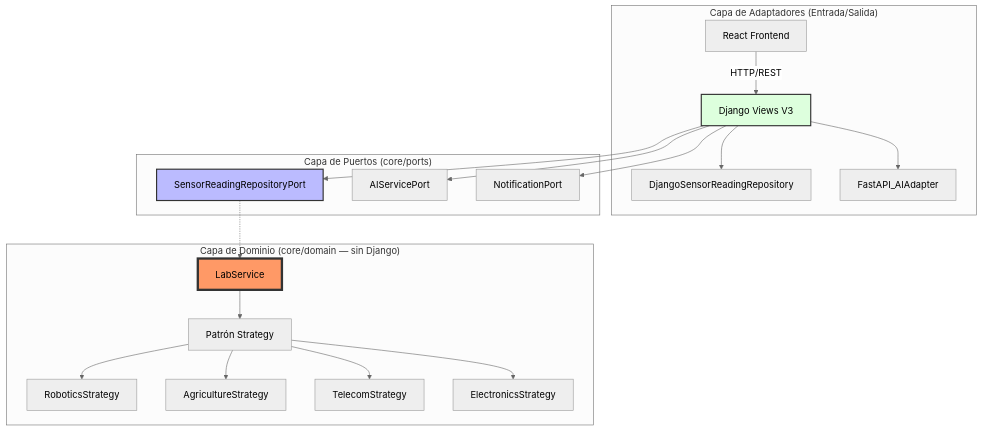
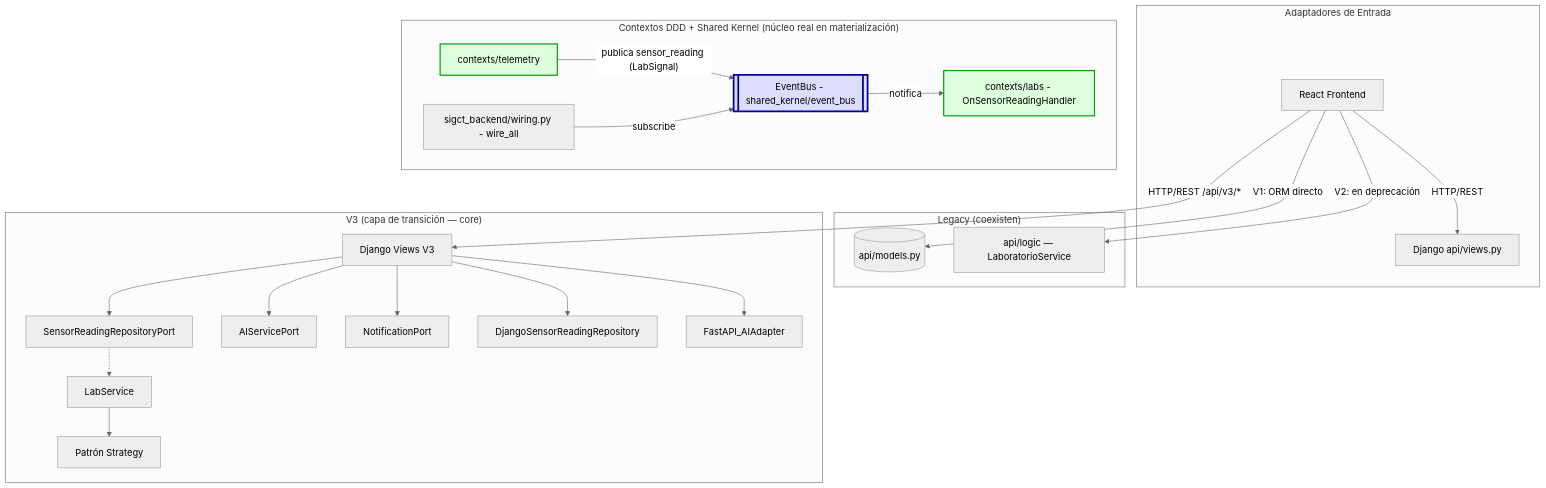
One commit to badolgm/sigcTiArural changed the first of 2 diagrams in docs/MASTERDOC.md. Above: the diagram before and after it, drawn with Mermaid (neutral theme). The commit also changed other lines of this file and 33 other files, not shown here.

````diff
--- a/docs/MASTERDOC.md
+++ b/docs/MASTERDOC.md
@@ -84,27 +86,32 @@
 ```mermaid
 graph TD
-    subgraph "Capa de Adaptadores (Entrada/Salida)"
-        UI[React Frontend] -->|HTTP/REST| API_V3[Django Views V3]
-        API_V3 --> DB_ADAPTER[DjangoSensorReadingRepository]
-        API_V3 --> AI_ADAPTER[FastAPI_AIAdapter]
+    subgraph "Adaptadores de Entrada"
+        UI[React Frontend] -->|HTTP/REST| VIEWS[Django api/views.py]
     end
 
-    subgraph "Capa de Puertos (core/ports)"
+    subgraph "Legacy (coexisten)"
+        UI -->|"V1: ORM directo"| ORM[(api/models.py)]
+        UI -->|"V2: en deprecación"| LOGIC[api/logic — LaboratorioService]
+    end
+
+    subgraph "V3 (capa de transición — core)"
+        UI -->|HTTP/REST /api/v3/*| API_V3[Django Views V3]
         API_V3 --> PORT_REPO[SensorReadingRepositoryPort]
         API_V3 --> PORT_AI[AIServicePort]
         API_V3 --> PORT_NOTIF[NotificationPort]
+        API_V3 --> DB_ADAPTER[DjangoSensorReadingRepository]
+        API_V3 --> AI_ADAPTER[FastAPI_AIAdapter]
+        PORT_REPO -.-> DOMAIN_LOGIC[LabService]
+        DOMAIN_LOGIC --> STRATEGY[Patrón Strategy]
     end
 
-    subgraph "Capa de Dominio (core/domain — sin Django)"
-        PORT_REPO -.-> DOMAIN_LOGIC[LabService]
-        DOMAIN_LOGIC --> STRATEGY[Patrón Strategy]
-        STRATEGY --> ROBOTICA[RoboticsStrategy]
-        STRATEGY --> AGRICULTURA[AgricultureStrategy]
-        STRATEGY --> TELECOM[TelecomStrategy]
-        STRATEGY --> ELECTRONICA[ElectronicsStrategy]
+    subgraph "Contextos DDD + Shared Kernel (núcleo real en materialización)"
+        TEL[contexts/telemetry] -->|"publica sensor_reading (LabSignal)"| BUS[[EventBus - shared_kernel/event_bus]]
+        BUS -->|"notifica"| LAB[contexts/labs - OnSensorReadingHandler]
+        WIRE[sigct_backend/wiring.py - wire_all] -->|"subscribe"| BUS
     end
 
-    style DOMAIN_LOGIC fill:#f96,stroke:#333,stroke-width:4px
-    style PORT_REPO fill:#bbf,stroke:#333,stroke-width:2px
-    style API_V3 fill:#dfd,stroke:#333,stroke-width:2px
+    style BUS fill:#ddf,stroke:#009,stroke-width:3px
+    style LAB fill:#dfd,stroke:#090,stroke-width:2px
+    style TEL fill:#dfd,stroke:#090,stroke-width:2px
 ```
````
